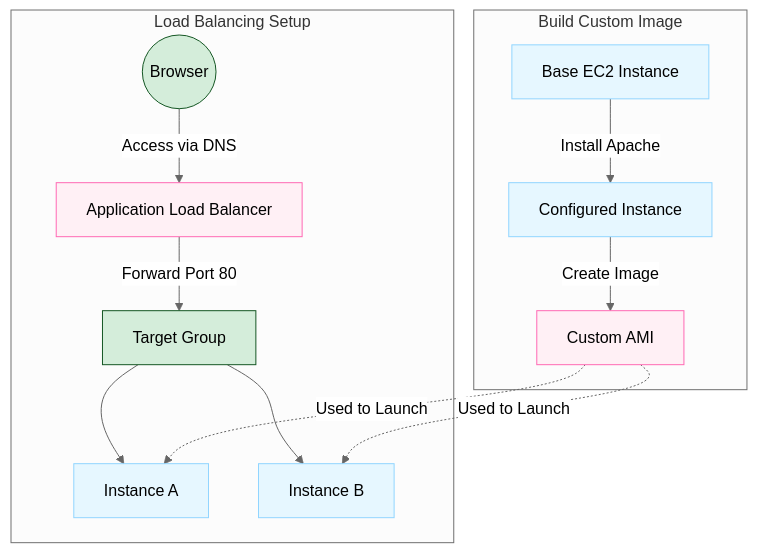
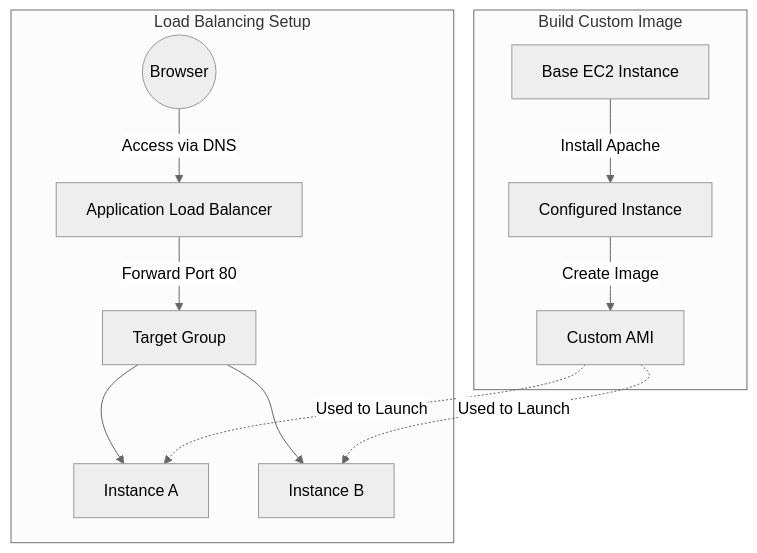
Before and after one commit to sujith-eag/sujith-library: the first of 2 diagrams in docs/dev-cloud/cclab/lab_12.md, drawn with Mermaid (neutral theme). The commit also changed other lines of this file and 41 other files, not shown here.

First line of the commit message:
Refactor diagrams and remove redundant styles in documentation

````diff
--- a/docs/dev-cloud/cclab/lab_12.md
+++ b/docs/dev-cloud/cclab/lab_12.md
@@ -7,30 +7,22 @@
 ```mermaid
 flowchart TD
     subgraph Build [Build Custom Image]
         Base[Base EC2 Instance] -->|Install Apache| Config[Configured Instance]
         Config -->|Create Image| AMI[Custom AMI]
     end
 
     subgraph Deploy [Load Balancing Setup]
         User((Browser))
         LB[Application Load Balancer]
         TG[Target Group]
         
         User -->|Access via DNS| LB
         LB -->|Forward Port 80| TG
         
         TG --> Inst1[Instance A]
         TG --> Inst2[Instance B]
         
         AMI -.->|Used to Launch| Inst1
         AMI -.->|Used to Launch| Inst2
     end
-
-    classDef process fill:#e6f7ff,stroke:#91d5ff
-    classDef highlight fill:#fff0f5,stroke:#ff69b4
-    classDef success fill:#d4edda,stroke:#155724
-
-    class Base,Config,Inst1,Inst2 process
-    class AMI,LB highlight
-    class User,TG success
 ```
````
